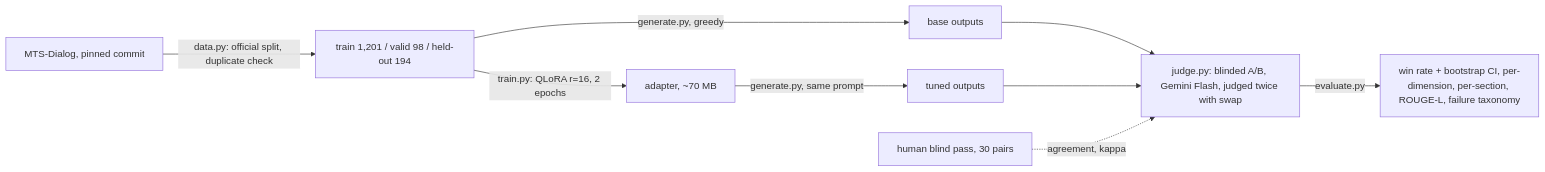
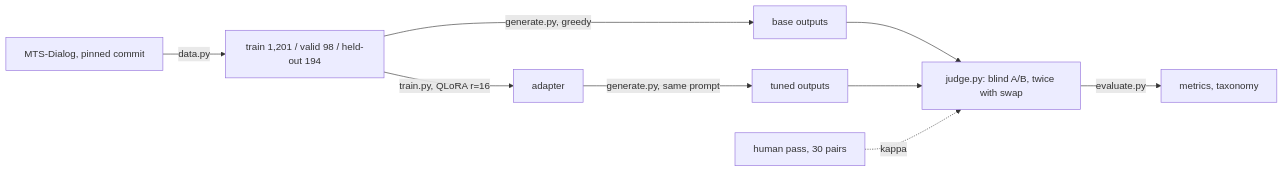
One commit to J-Jurza/lora-eval-lab changed the diagram in README.md. Above: the diagram before and after it, drawn with Mermaid. The commit also changed other lines of this file, not shown here.

Commit message:
docs: README to the GitHub shape: one-line description, badges, headline result with the two charts, setup table, quickstart, map, decisions, limitations, licence; the results essay moves to docs/walkthrough.md

````diff
--- a/README.md
+++ b/README.md
@@ -18,11 +55,11 @@
 ```mermaid
 flowchart LR
-    D[MTS-Dialog, pinned commit] -->|data.py: official split, duplicate check| S[train 1,201 / valid 98 / held-out 194]
+    D[MTS-Dialog, pinned commit] -->|data.py| S[train 1,201 / valid 98 / held-out 194]
     S -->|generate.py, greedy| B[base outputs]
-    S -->|train.py: QLoRA r=16, 2 epochs| A[adapter, ~70 MB]
+    S -->|train.py, QLoRA r=16| A[adapter]
     A -->|generate.py, same prompt| T[tuned outputs]
-    B --> J[judge.py: blinded A/B, Gemini Flash, judged twice with swap]
+    B --> J[judge.py: blind A/B, twice with swap]
     T --> J
-    H[human blind pass, 30 pairs] -. agreement, kappa .-> J
-    J -->|evaluate.py| M[win rate + bootstrap CI, per-dimension, per-section, ROUGE-L, failure taxonomy]
+    H[human pass, 30 pairs] -. kappa .-> J
+    J -->|evaluate.py| M[metrics, taxonomy]
 ```
````
